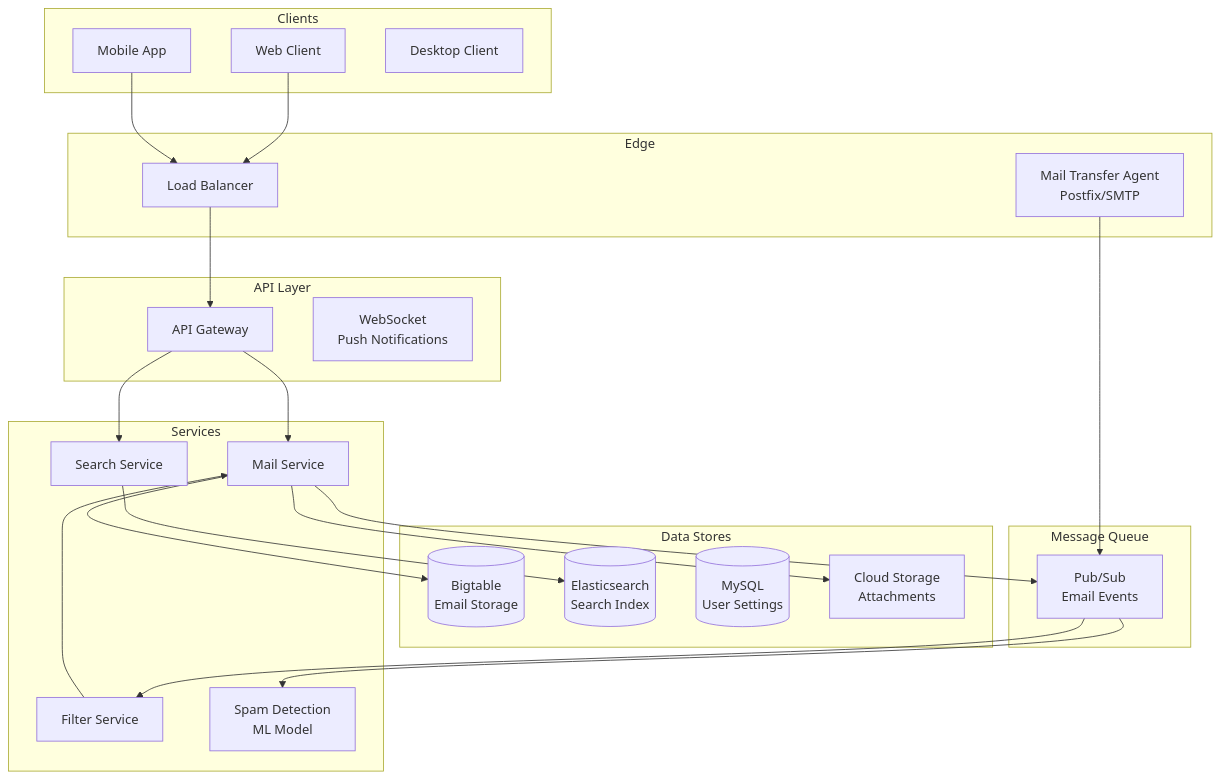
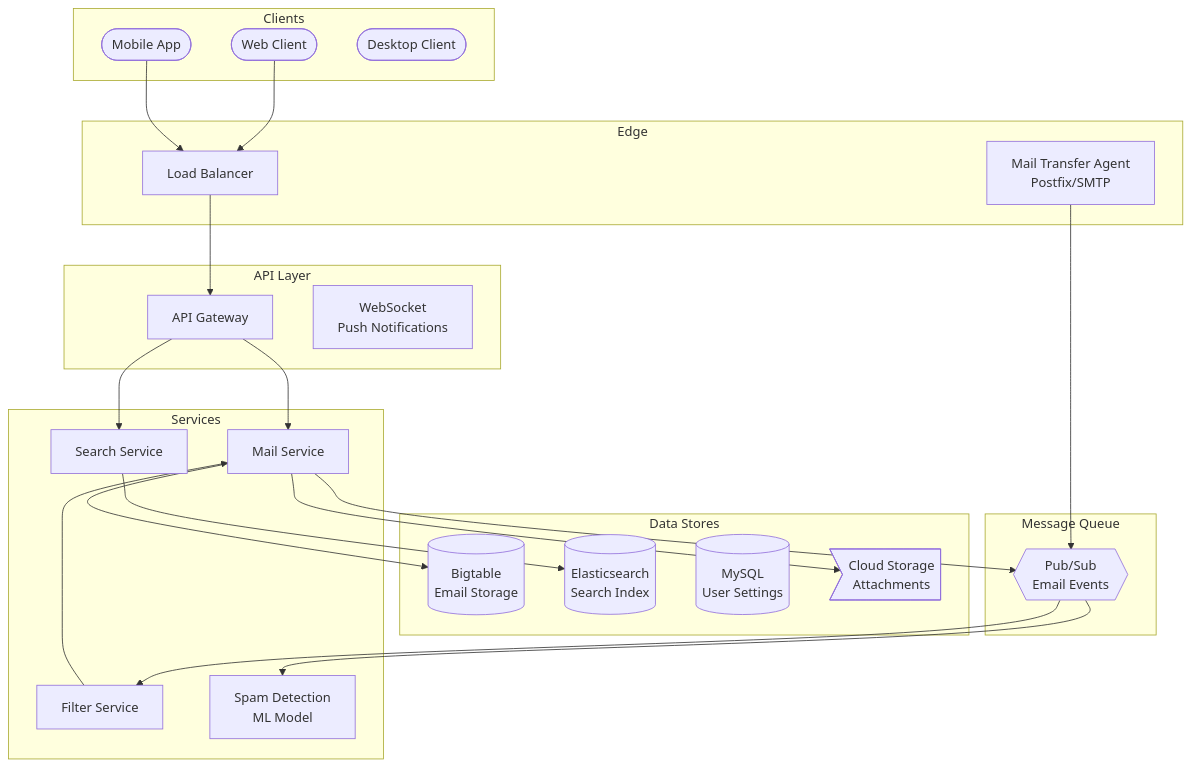
The diagram in docs/prep/System Design/06-Case-Studies/16-gmail.md (ShanmugaGanesh1999/Portfolio), drawn with Mermaid before and after one commit. The commit also changed 40 other files, not shown here.

First line of the commit message:
Refactor diagram node rendering to use reusable shape components

````diff
--- a/docs/prep/System Design/06-Case-Studies/16-gmail.md
+++ b/docs/prep/System Design/06-Case-Studies/16-gmail.md
@@ -45,50 +45,50 @@
 ```mermaid
 graph TD
     subgraph Clients
-        C1[Web Client]
-        C2[Mobile App]
-        C3[Desktop Client]
+        C1([Web Client])
+        C2([Mobile App])
+        C3([Desktop Client])
     end
     
     subgraph Edge
         LB[Load Balancer]
         MTA[Mail Transfer Agent<br/>Postfix/SMTP]
     end
     
     subgraph API Layer
         API[API Gateway]
         WS[WebSocket<br/>Push Notifications]
     end
     
     subgraph Services
         MS[Mail Service]
         SS[Search Service]
         FS[Filter Service]
         SPAM[Spam Detection<br/>ML Model]
     end
     
     subgraph Data Stores
         BIGTABLE[(Bigtable<br/>Email Storage)]
         ES[(Elasticsearch<br/>Search Index)]
         MYSQL[(MySQL<br/>User Settings)]
-        GCS[Cloud Storage<br/>Attachments]
+        GCS>Cloud Storage<br/>Attachments]
     end
     
     subgraph Message Queue
-        PUBSUB[Pub/Sub<br/>Email Events]
+        PUBSUB{{Pub/Sub<br/>Email Events}}
     end
     
     C1 --> LB
     C2 --> LB
     MTA --> PUBSUB
     LB --> API
     API --> MS
     API --> SS
     MS --> BIGTABLE
     MS --> GCS
     SS --> ES
     MS --> PUBSUB
     PUBSUB --> FS
     PUBSUB --> SPAM
     FS --> MS
 ```
````
